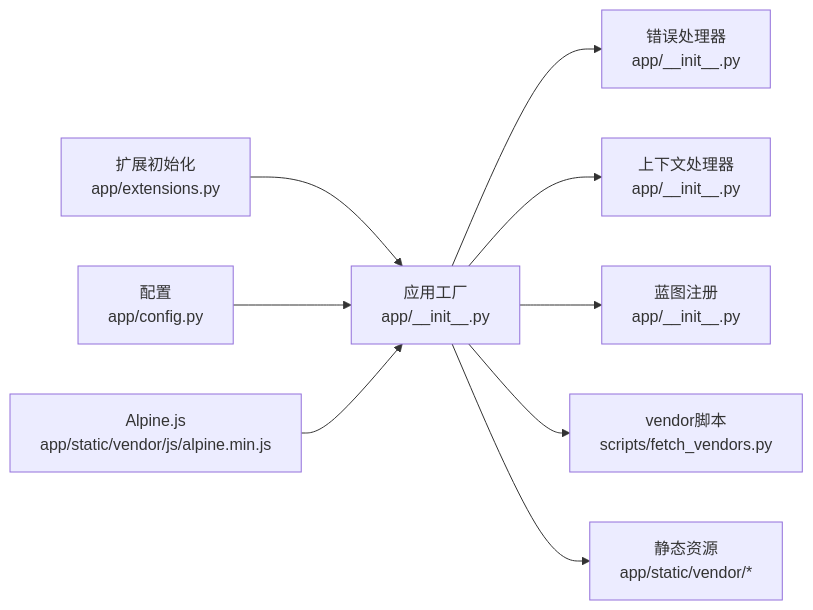
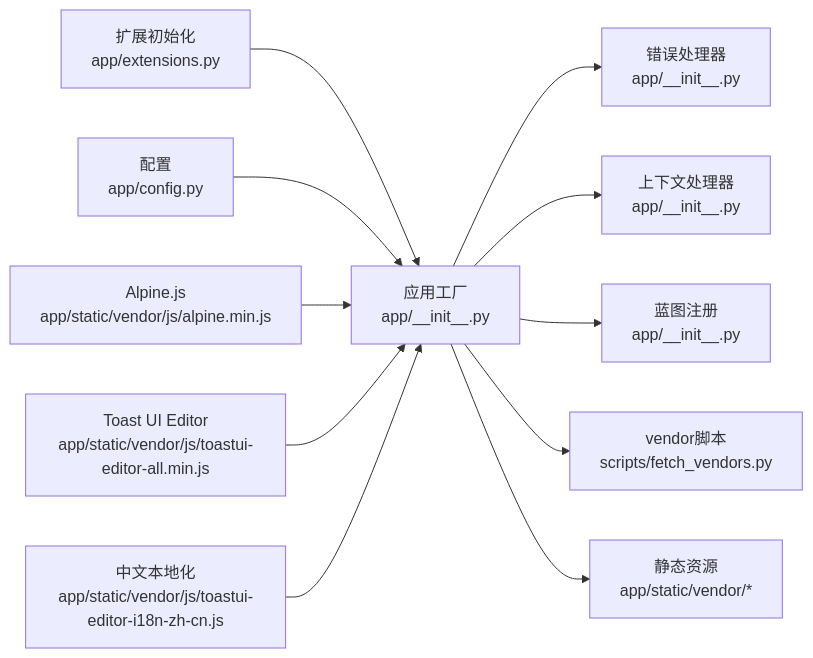
The tenth of 10 diagrams in .qoder/repowiki/zh/content/前端模板系统.md (beyondalbert/my_wiki), drawn with Mermaid before and after one commit. The commit also changed other lines of this file and 9 other files, not shown here.

````diff
--- a/.qoder/repowiki/zh/content/前端模板系统.md
+++ b/.qoder/repowiki/zh/content/前端模板系统.md
@@ -404,11 +538,13 @@
 ```mermaid
 graph LR
 EXT["扩展初始化<br/>app/extensions.py"] --> APP["应用工厂<br/>app/__init__.py"]
 CFG["配置<br/>app/config.py"] --> APP
 APP --> ERR["错误处理器<br/>app/__init__.py"]
 APP --> CTX["上下文处理器<br/>app/__init__.py"]
 APP --> BP["蓝图注册<br/>app/__init__.py"]
 ALP["Alpine.js<br/>app/static/vendor/js/alpine.min.js"] --> APP
+TUI["Toast UI Editor<br/>app/static/vendor/js/toastui-editor-all.min.js"] --> APP
+I18N["中文本地化<br/>app/static/vendor/js/toastui-editor-i18n-zh-cn.js"] --> APP
 APP --> VEN["vendor脚本<br/>scripts/fetch_vendors.py"]
 APP --> ST["静态资源<br/>app/static/vendor/*"]
 ```
````
